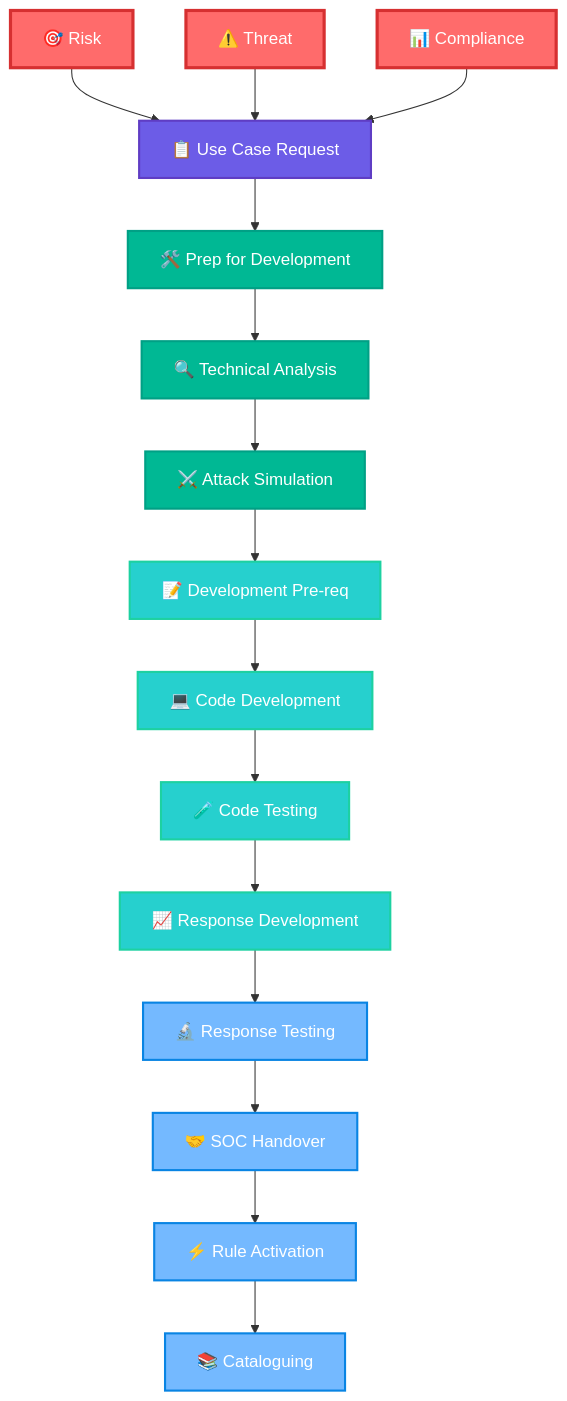
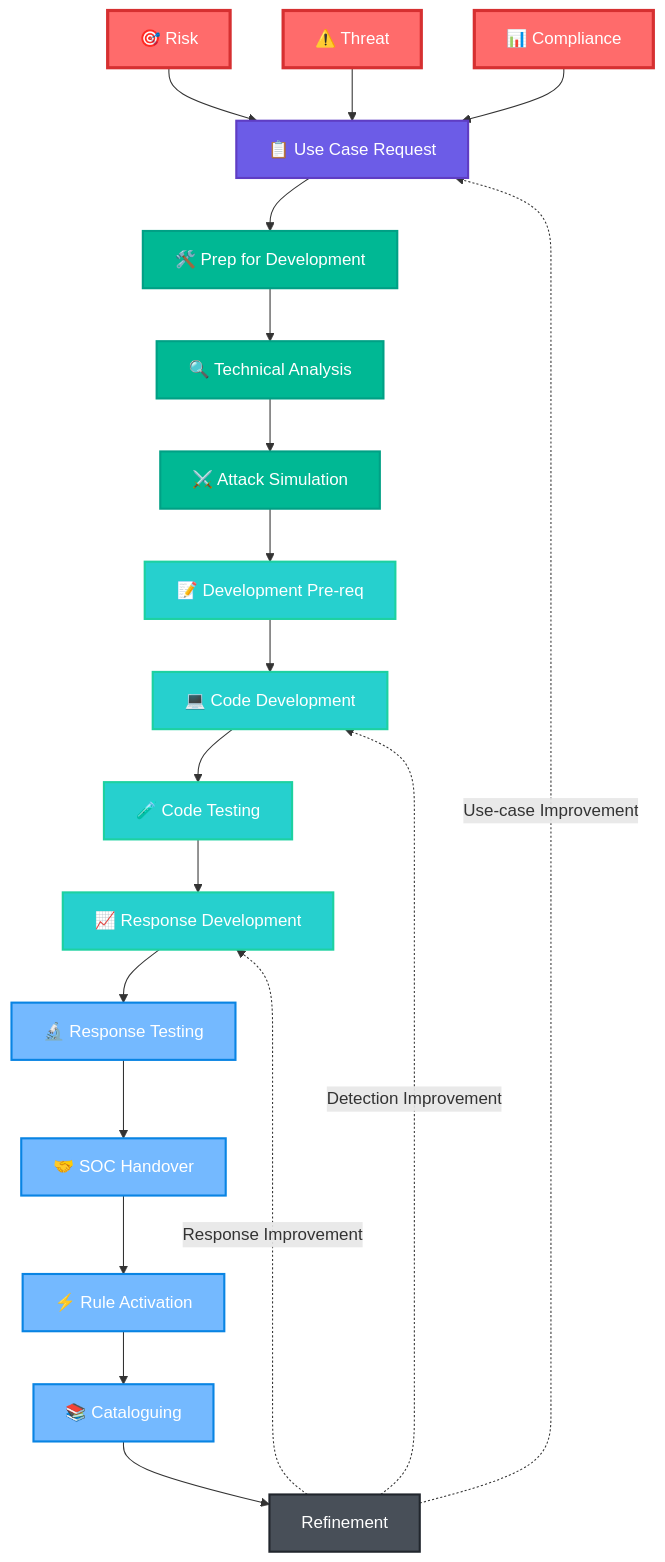
Before and after one commit to josamontiel/Detection-Engineering-Framework: the second of 2 diagrams in Detection-Engineering-Lifecycle.md, drawn with Mermaid. The commit also changed other lines of this file, not shown here.

````diff
--- a/Detection-Engineering-Lifecycle.md
+++ b/Detection-Engineering-Lifecycle.md
@@ -129,44 +80,49 @@
 ```mermaid
 flowchart TD
-    %% Input Drivers
+    %% Planning Phase
     A1[🎯 Risk] --> B[📋 Use Case Request]
     A2[⚠️ Threat] --> B
     A3[📊 Compliance] --> B
     
     %% Development Phase
     B --> C[🛠️ Prep for Development]
     C --> D[🔍 Technical Analysis]
     D --> E[⚔️ Attack Simulation]
-    
-    %% Implementation Phase
     E --> F[📝 Development Pre-req]
     F --> G[💻 Code Development]
     G --> H[🧪 Code Testing]
     H --> I[📈 Response Development]
+    I --> J[🔬 Response Testing]
     
     %% Deployment Phase
-    I --> J[🔬 Response Testing]
     J --> K[🤝 SOC Handover]
     K --> L[⚡ Rule Activation]
     L --> M[📚 Cataloguing]
+
+    %% Improvement Phase
+    M --> N[Refinement]
+    N -.->|Use-case Improvement| B
+    N -.->|Detection Improvement| G
+    N -.->|Response Improvement| I
     
     %% Styling
     style A1 fill:#ff6b6b,stroke:#d63031,stroke-width:3px,color:#fff
     style A2 fill:#ff6b6b,stroke:#d63031,stroke-width:3px,color:#fff
     style A3 fill:#ff6b6b,stroke:#d63031,stroke-width:3px,color:#fff
     
     style B fill:#6c5ce7,stroke:#5f3dc4,stroke-width:2px,color:#fff
     style C fill:#00b894,stroke:#00a085,stroke-width:2px,color:#fff
     style D fill:#00b894,stroke:#00a085,stroke-width:2px,color:#fff
     style E fill:#00b894,stroke:#00a085,stroke-width:2px,color:#fff
     
     style F fill:#26d0ce,stroke:#1dd1a1,stroke-width:2px,color:#fff
     style G fill:#26d0ce,stroke:#1dd1a1,stroke-width:2px,color:#fff
     style H fill:#26d0ce,stroke:#1dd1a1,stroke-width:2px,color:#fff
     style I fill:#26d0ce,stroke:#1dd1a1,stroke-width:2px,color:#fff
     
     style J fill:#74b9ff,stroke:#0984e3,stroke-width:2px,color:#fff
     style K fill:#74b9ff,stroke:#0984e3,stroke-width:2px,color:#fff
     style L fill:#74b9ff,stroke:#0984e3,stroke-width:2px,color:#fff
     style M fill:#74b9ff,stroke:#0984e3,stroke-width:2px,color:#fff
+    style N fill:#484f58,stroke:#21262d,stroke-width:2px,color:#fff 
 ```
````
